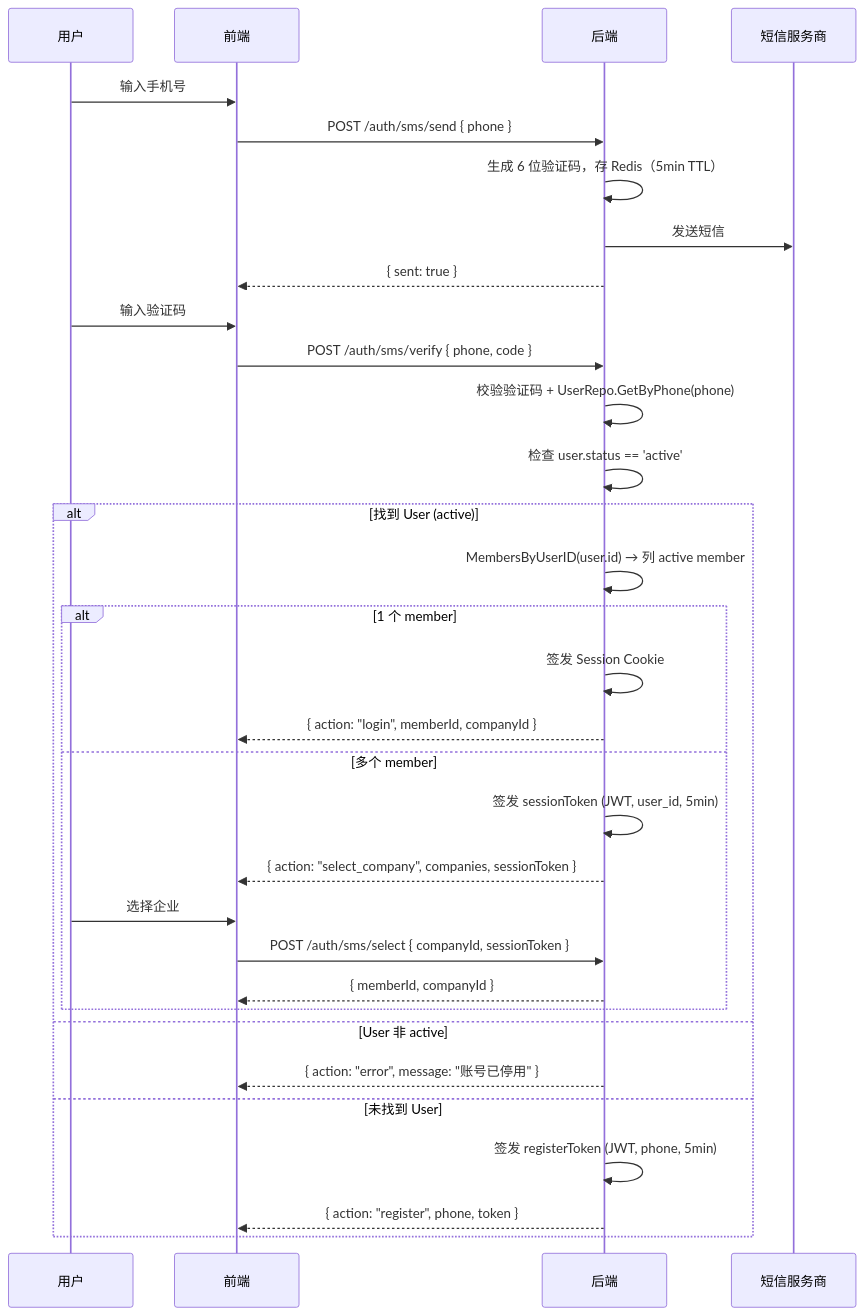
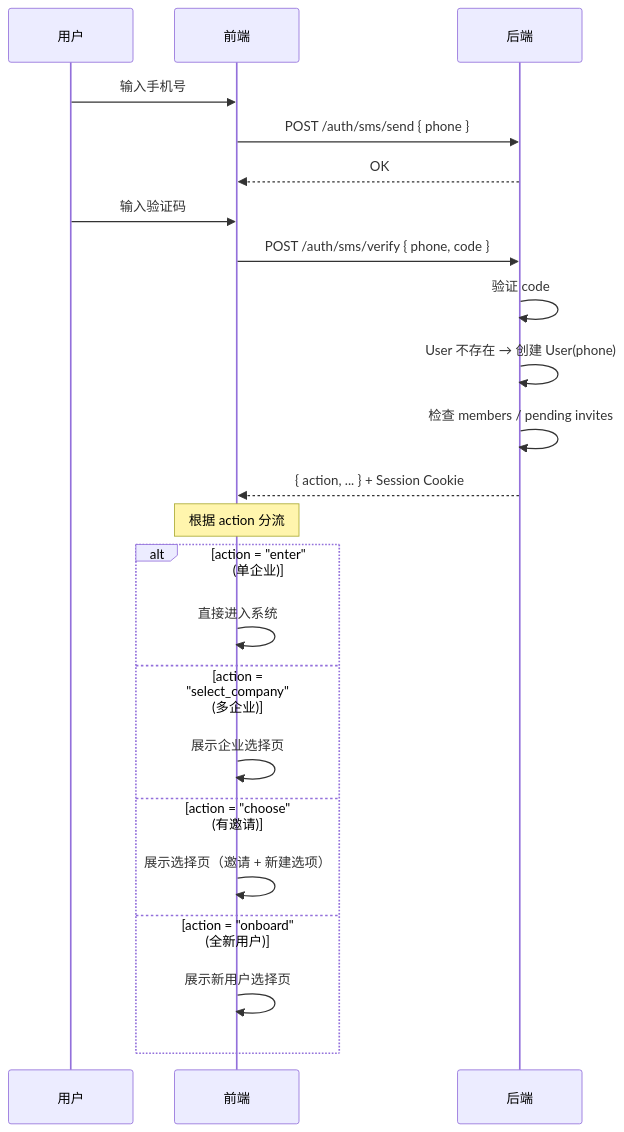
Before and after one commit to quyip8818/mytokenjoy: the second of 8 diagrams in docs/saas/登录注册方案设计.md, drawn with Mermaid. The commit also changed other lines of this file and 3 other files, not shown here.

Commit message:
login/register

````diff
--- a/docs/saas/登录注册方案设计.md
+++ b/docs/saas/登录注册方案设计.md
@@ -93,35 +117,28 @@
 ```mermaid
 sequenceDiagram
     participant U as 用户
     participant F as 前端
     participant B as 后端
-    participant SMS as 短信服务商
 
     U->>F: 输入手机号
     F->>B: POST /auth/sms/send { phone }
-    B->>B: 生成 6 位验证码，存 Redis（5min TTL）
-    B->>SMS: 发送短信
-    B-->>F: { sent: true }
+    B-->>F: OK
+
     U->>F: 输入验证码
     F->>B: POST /auth/sms/verify { phone, code }
-    B->>B: 校验验证码 + UserRepo.GetByPhone(phone)
-    B->>B: 检查 user.status == 'active'
-    alt 找到 User (active)
-        B->>B: MembersByUserID(user.id) → 列 active member
-        alt 1 个 member
-            B->>B: 签发 Session Cookie
-            B-->>F: { action: "login", memberId, companyId }
-        else 多个 member
-            B->>B: 签发 sessionToken (JWT, user_id, 5min)
-            B-->>F: { action: "select_company", companies, sessionToken }
-            U->>F: 选择企业
-            F->>B: POST /auth/sms/select { companyId, sessionToken }
-            B-->>F: { memberId, companyId }
-        end
-    else User 非 active
-        B-->>F: { action: "error", message: "账号已停用" }
-    else 未找到 User
-        B->>B: 签发 registerToken (JWT, phone, 5min)
-        B-->>F: { action: "register", phone, token }
+    B->>B: 验证 code
+    B->>B: User 不存在 → 创建 User(phone)
+    B->>B: 检查 members / pending invites
+    B-->>F: { action, ... } + Session Cookie
+
+    Note over F: 根据 action 分流
+    alt action = "enter" (单企业)
+        F->>F: 直接进入系统
+    else action = "select_company" (多企业)
+        F->>F: 展示企业选择页
+    else action = "choose" (有邀请)
+        F->>F: 展示选择页（邀请 + 新建选项）
+    else action = "onboard" (全新用户)
+        F->>F: 展示新用户选择页
     end
 ```
````
